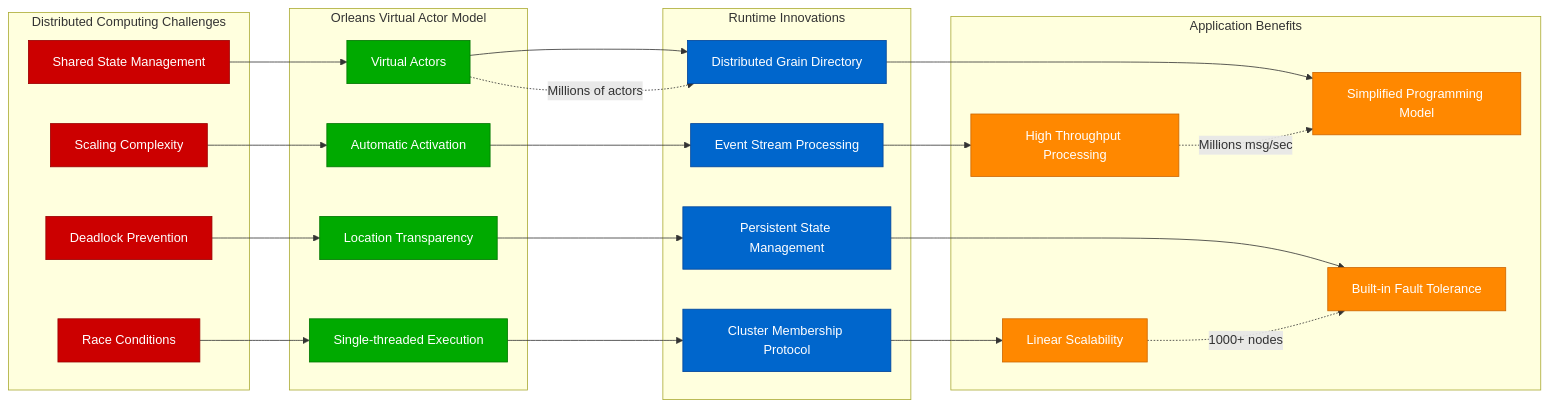
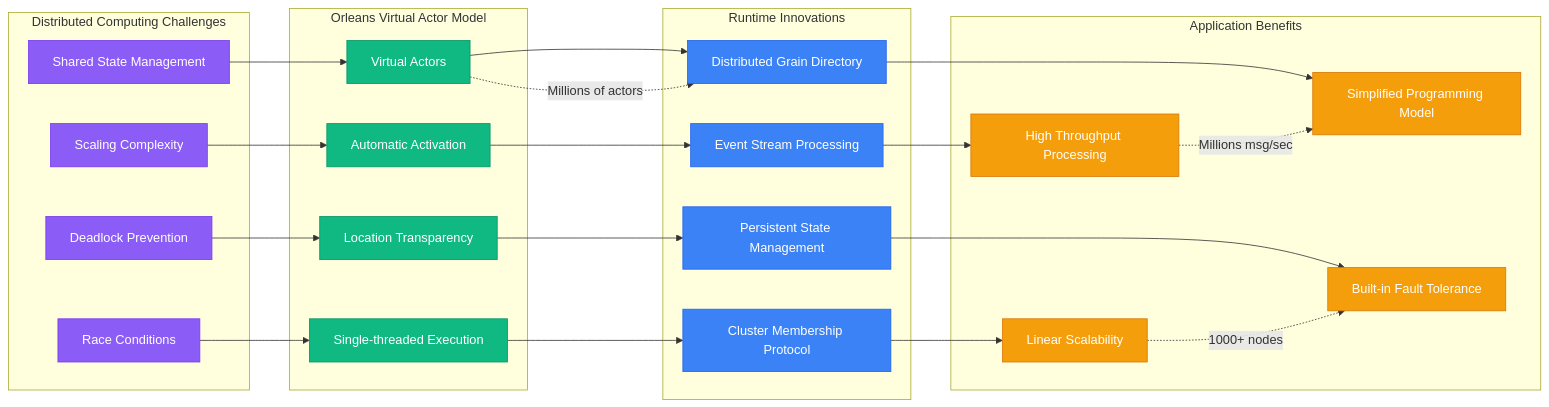
One commit to deepaucksharma/DS changed the third of 10 diagrams in site/docs/systems/microsoft/novel-solutions.md. Above: the diagram before and after it, drawn with Mermaid. The commit also changed other lines of this file and 303 other files, not shown here.

````diff
--- a/site/docs/systems/microsoft/novel-solutions.md
+++ b/site/docs/systems/microsoft/novel-solutions.md
@@ -147,63 +147,63 @@
 ```mermaid
 graph LR
     subgraph ConcurrencyProblem[Distributed Computing Challenges]
         SHARED_STATE[Shared State Management]
         RACE_CONDITIONS[Race Conditions]
         DEADLOCK_ISSUES[Deadlock Prevention]
         SCALING_COMPLEXITY[Scaling Complexity]
     end
 
     subgraph OrleansModel[Orleans Virtual Actor Model]
         VIRTUAL_ACTORS[Virtual Actors]
         SINGLE_THREADED[Single-threaded Execution]
         LOCATION_TRANSPARENCY[Location Transparency]
         AUTOMATIC_ACTIVATION[Automatic Activation]
     end
 
     subgraph RuntimeInnovations[Runtime Innovations]
         GRAIN_DIRECTORY[Distributed Grain Directory]
         CLUSTER_MEMBERSHIP[Cluster Membership Protocol]
         PERSISTENT_STATE[Persistent State Management]
         STREAM_PROCESSING[Event Stream Processing]
     end
 
     subgraph ApplicationBenefits[Application Benefits]
         SIMPLIFIED_PROGRAMMING[Simplified Programming Model]
         LINEAR_SCALABILITY[Linear Scalability]
         FAULT_TOLERANCE[Built-in Fault Tolerance]
         HIGH_THROUGHPUT[High Throughput Processing]
     end
 
     %% Problem to model
     SHARED_STATE --> VIRTUAL_ACTORS
     RACE_CONDITIONS --> SINGLE_THREADED
     DEADLOCK_ISSUES --> LOCATION_TRANSPARENCY
     SCALING_COMPLEXITY --> AUTOMATIC_ACTIVATION
 
     %% Model to innovations
     VIRTUAL_ACTORS --> GRAIN_DIRECTORY
     SINGLE_THREADED --> CLUSTER_MEMBERSHIP
     LOCATION_TRANSPARENCY --> PERSISTENT_STATE
     AUTOMATIC_ACTIVATION --> STREAM_PROCESSING
 
     %% Innovations to benefits
     GRAIN_DIRECTORY --> SIMPLIFIED_PROGRAMMING
     CLUSTER_MEMBERSHIP --> LINEAR_SCALABILITY
     PERSISTENT_STATE --> FAULT_TOLERANCE
     STREAM_PROCESSING --> HIGH_THROUGHPUT
 
     %% Performance characteristics
     VIRTUAL_ACTORS -.->|"Millions of actors"| GRAIN_DIRECTORY
     LINEAR_SCALABILITY -.->|"1000+ nodes"| FAULT_TOLERANCE
     HIGH_THROUGHPUT -.->|"Millions msg/sec"| SIMPLIFIED_PROGRAMMING
 
-    classDef problemStyle fill:#CC0000,stroke:#990000,color:#fff
-    classDef modelStyle fill:#00AA00,stroke:#007700,color:#fff
-    classDef innovationStyle fill:#0066CC,stroke:#004499,color:#fff
-    classDef benefitStyle fill:#FF8800,stroke:#CC6600,color:#fff
+    classDef problemStyle fill:#8B5CF6,stroke:#7C3AED,color:#fff
+    classDef modelStyle fill:#10B981,stroke:#059669,color:#fff
+    classDef innovationStyle fill:#3B82F6,stroke:#2563EB,color:#fff
+    classDef benefitStyle fill:#F59E0B,stroke:#D97706,color:#fff
 
     class SHARED_STATE,RACE_CONDITIONS,DEADLOCK_ISSUES,SCALING_COMPLEXITY problemStyle
     class VIRTUAL_ACTORS,SINGLE_THREADED,LOCATION_TRANSPARENCY,AUTOMATIC_ACTIVATION modelStyle
     class GRAIN_DIRECTORY,CLUSTER_MEMBERSHIP,PERSISTENT_STATE,STREAM_PROCESSING innovationStyle
     class SIMPLIFIED_PROGRAMMING,LINEAR_SCALABILITY,FAULT_TOLERANCE,HIGH_THROUGHPUT benefitStyle
 ```
````
